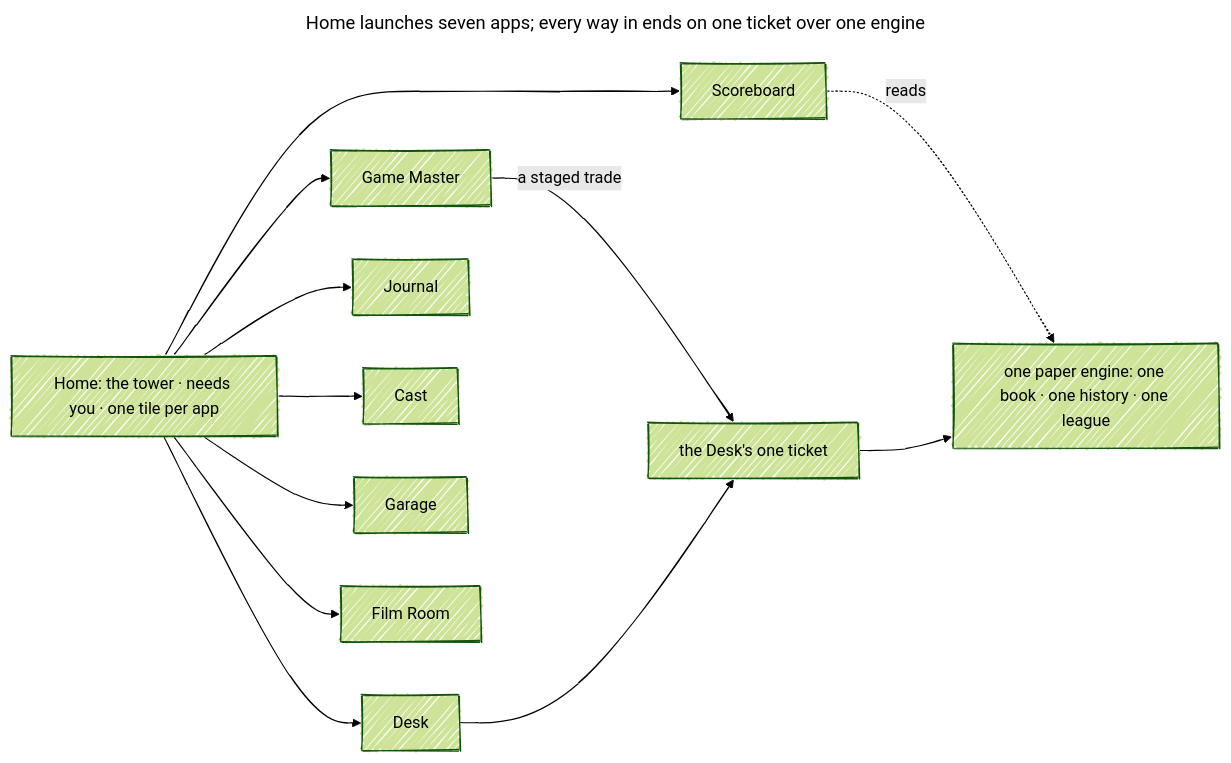
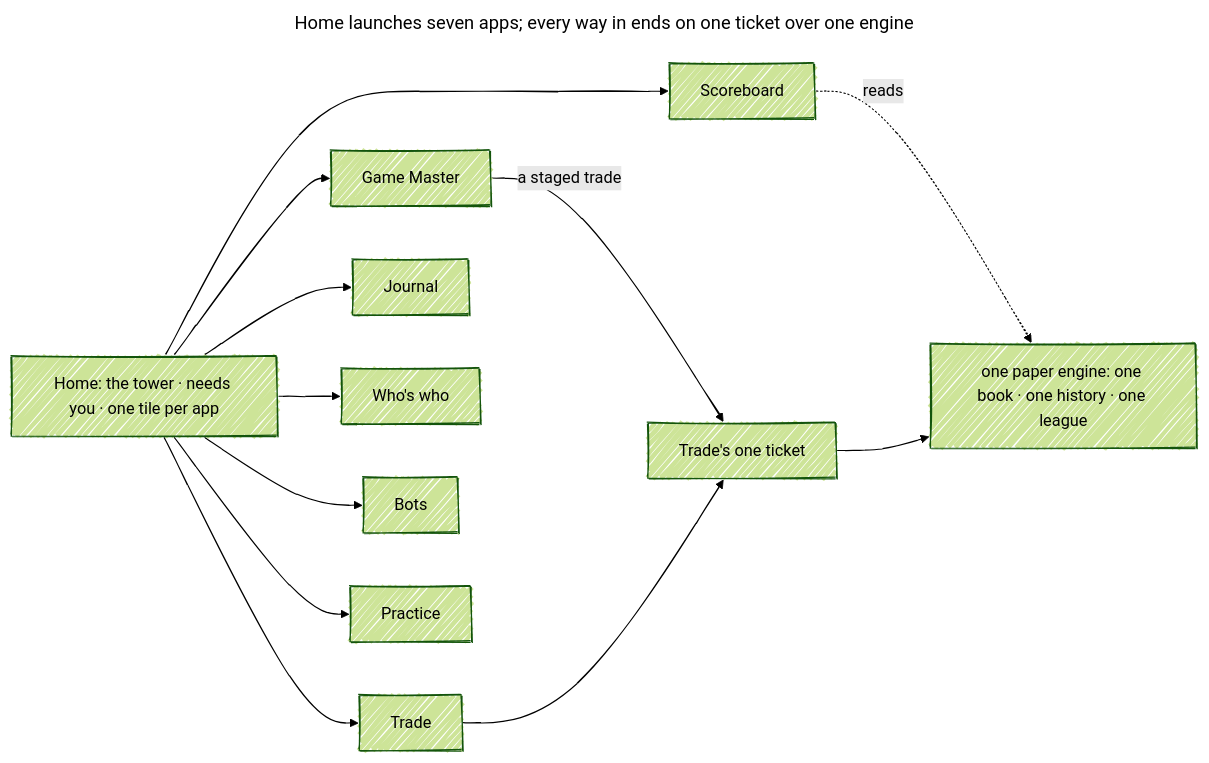
Before and after one commit to ejclark/skynet-capital: the third of 3 diagrams in docs/IA.md, drawn with Mermaid (forest theme). The commit also changed other lines of this file and 1 other file, not shown here.

First line of the commit message:
docs(ia): name the redesign's apps by their job — Trade, Who's who, Bots, Practice

````diff
--- a/docs/IA.md
+++ b/docs/IA.md
@@ -1325,21 +1325,21 @@
 ```mermaid
 ---
 title: Home launches seven apps; every way in ends on one ticket over one engine
 config:
   look: handDrawn
 ---
 flowchart LR
     accTitle: The phone-of-apps model
-    accDescr: Home holds the tower, what needs you and one tile per app. Seven apps open from it, each a view over one paper engine. Every trade, from any app or way in, is placed on the Desk's one ticket, which writes the one book and the one history.
+    accDescr: Home holds the tower, what needs you and one tile per app. Seven apps open from it, each a view over one paper engine. Every trade, from any app or way in, is placed on Trade's one ticket, which writes the one book and the one history.
     HOME["Home: the tower · needs you · one tile per app"] --> GM["Game Master"]
-    HOME --> DESK["Desk"]
+    HOME --> DESK["Trade"]
     HOME --> JOURNAL["Journal"]
-    HOME --> CAST["Cast"]
+    HOME --> CAST["Who's who"]
     HOME --> SCORE["Scoreboard"]
-    HOME --> GARAGE["Garage"]
-    HOME --> FILM["Film Room"]
-    GM -->|"a staged trade"| TICKET["the Desk's one ticket"]
+    HOME --> GARAGE["Bots"]
+    HOME --> FILM["Practice"]
+    GM -->|"a staged trade"| TICKET["Trade's one ticket"]
     DESK --> TICKET
     SCORE -.->|"reads"| ENGINE
     TICKET --> ENGINE["one paper engine: one book · one history · one league"]
 ```
````
